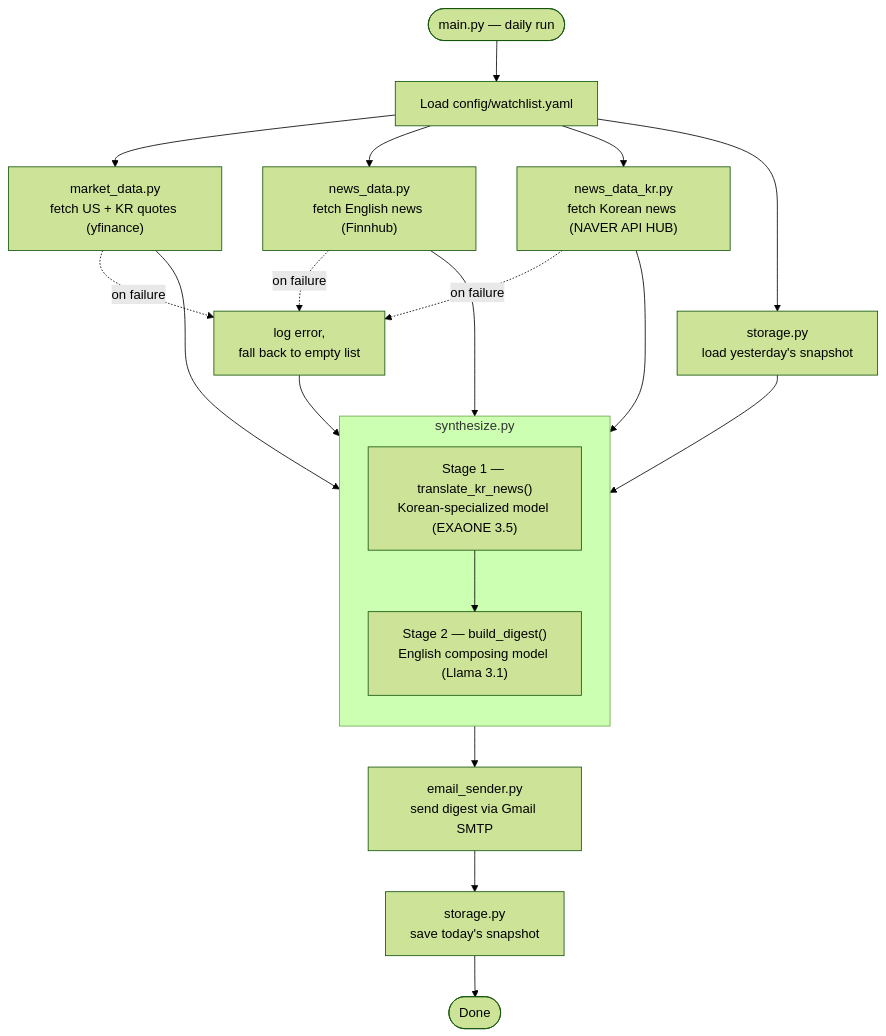
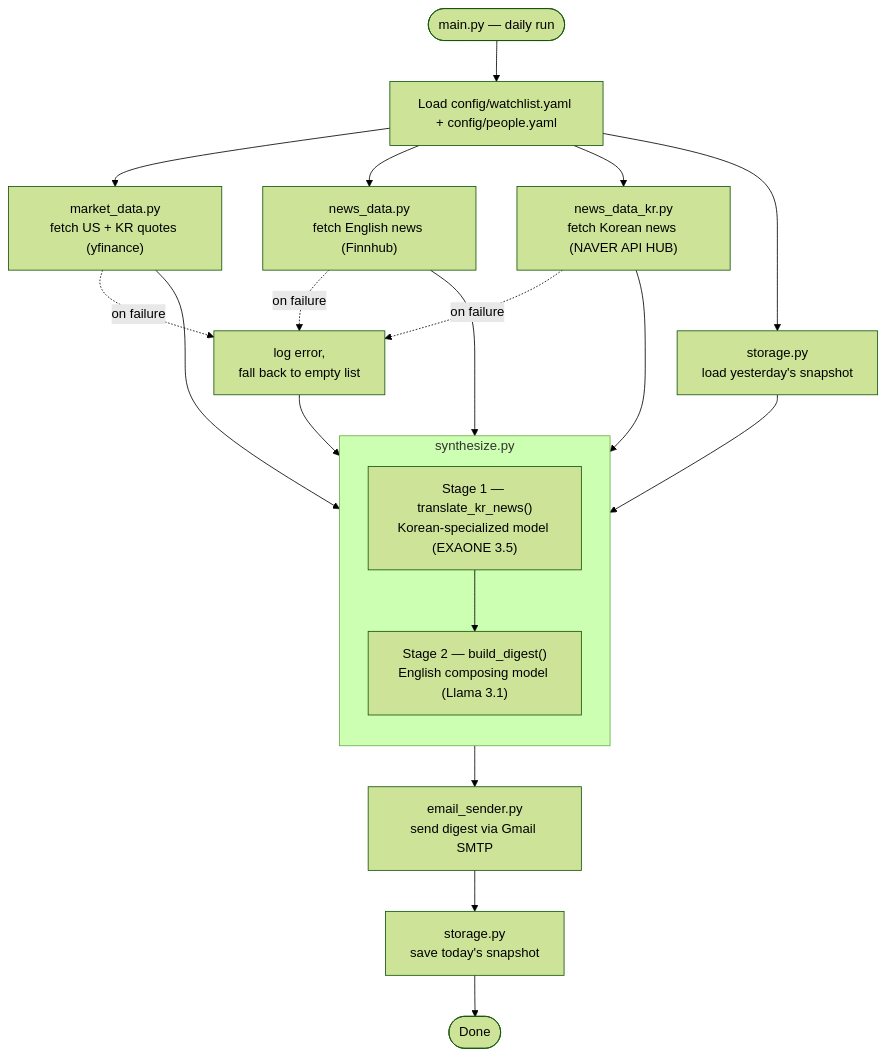
One commit to syounlee/DailyMarketDigest changed the diagram in README.md. Above: the diagram before and after it, drawn with Mermaid (forest theme). The commit also changed other lines of this file and 7 other files, not shown here.

````diff
--- a/README.md
+++ b/README.md
@@ -18,30 +18,30 @@
 ```mermaid
 flowchart TD
-    Start(["main.py — daily run"]) --> Config["Load config/watchlist.yaml"]
+    Start(["main.py — daily run"]) --> Config["Load config/watchlist.yaml + config/people.yaml"]
 
     Config --> Market["market_data.py<br/>fetch US + KR quotes (yfinance)"]
     Config --> NewsEN["news_data.py<br/>fetch English news (Finnhub)"]
     Config --> NewsKR["news_data_kr.py<br/>fetch Korean news (NAVER API HUB)"]
     Config --> Snap["storage.py<br/>load yesterday's snapshot"]
 
     Market --> Synth
     NewsEN --> Synth
     NewsKR --> Synth
     Snap --> Synth
 
     subgraph Synth["synthesize.py"]
         direction TB
         S1["Stage 1 — translate_kr_news()<br/>Korean-specialized model (EXAONE 3.5)"]
         S2["Stage 2 — build_digest()<br/>English composing model (Llama 3.1)"]
         S1 --> S2
     end
 
     Synth --> Email["email_sender.py<br/>send digest via Gmail SMTP"]
     Email --> SaveSnap["storage.py<br/>save today's snapshot"]
     SaveSnap --> Done(["Done"])
 
     Market -. on failure .-> FB["log error,<br/>fall back to empty list"]
     NewsEN -. on failure .-> FB
     NewsKR -. on failure .-> FB
     FB --> Synth
 ```
````
